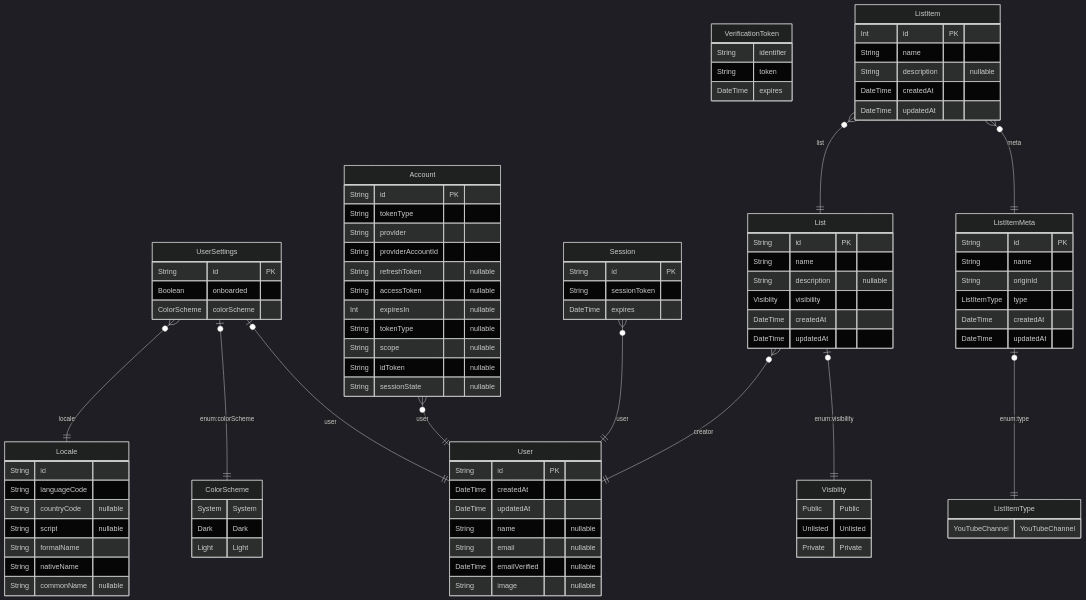
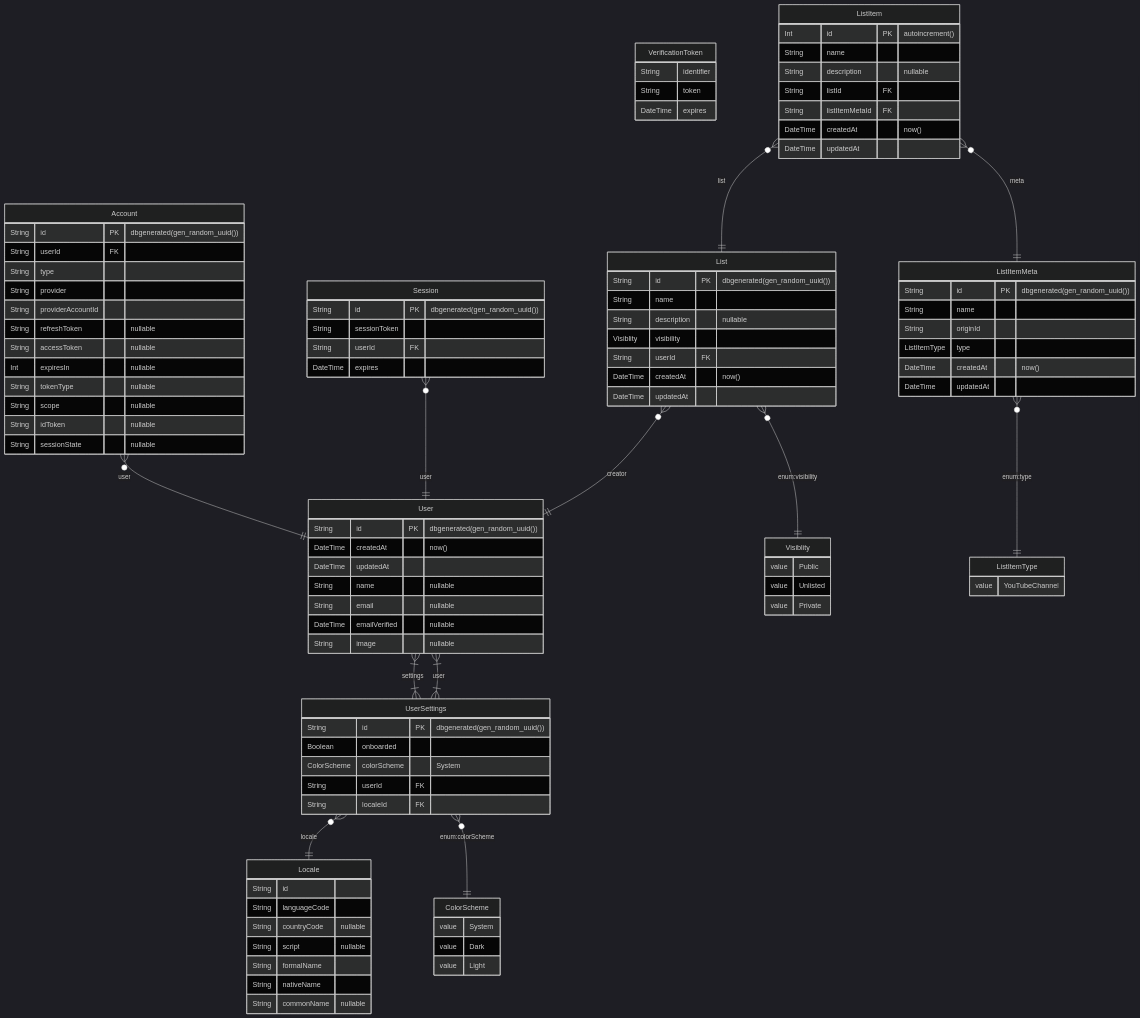
Before and after one commit to CodingGarden/listd: the diagram in prisma/ERD.md, drawn with Mermaid (dark theme). The commit also changed 2 other files, not shown here.

Commit message:
:sparkles: update ERD

````diff
--- a/prisma/ERD.md
+++ b/prisma/ERD.md
@@ -1,120 +1,104 @@
 ```mermaid
 erDiagram
+	User {
+		String id PK  "dbgenerated(gen_random_uuid())"
+		DateTime createdAt  "now()"
+		DateTime updatedAt
+		String name  "nullable"
+		String email  "nullable"
+		DateTime emailVerified  "nullable"
+		String image  "nullable"
+	}
+	UserSettings {
+		String id PK  "dbgenerated(gen_random_uuid())"
+		Boolean onboarded
+		ColorScheme colorScheme "System"
+		String userId FK
+		String localeId FK
+	}
+	Locale {
+		String id
+		String languageCode
+		String countryCode  "nullable"
+		String script  "nullable"
+		String formalName
+		String nativeName
+		String commonName  "nullable"
+	}
+	Account {
+		String id PK  "dbgenerated(gen_random_uuid())"
+		String userId FK
+		String type
+		String provider
+		String providerAccountId
+		String refreshToken  "nullable"
+		String accessToken  "nullable"
+		Int expiresIn  "nullable"
+		String tokenType  "nullable"
+		String scope  "nullable"
+		String idToken  "nullable"
+		String sessionState  "nullable"
+	}
+	Session {
+		String id PK  "dbgenerated(gen_random_uuid())"
+		String sessionToken
+		String userId FK
+		DateTime expires
+	}
+	VerificationToken {
+		String identifier
+		String token
+		DateTime expires
+	}
+	List {
+		String id PK  "dbgenerated(gen_random_uuid())"
+		String name
+		String description  "nullable"
+		Visiblity visibility
+		String userId FK
+		DateTime createdAt  "now()"
+		DateTime updatedAt
+	}
+	ListItem {
+		Int id PK  "autoincrement()"
+		String name
+		String description  "nullable"
+		String listId FK
+		String listItemMetaId FK
+		DateTime createdAt  "now()"
+		DateTime updatedAt
+	}
+	ListItemMeta {
+		String id PK  "dbgenerated(gen_random_uuid())"
+		String name
+		String originId
+		ListItemType type
+		DateTime createdAt  "now()"
+		DateTime updatedAt
+	}
+	ColorScheme {
+		value System
+		value Dark
+		value Light
+	}
+	Visiblity {
+		value Public
+		value Unlisted
+		value Private
+	}
+	ListItemType {
+		value YouTubeChannel
+	}
+	User }|--|{ UserSettings : settings
+	UserSettings }|--|{ User : user
+	UserSettings }o--|| Locale : locale
+	UserSettings }o--|| ColorScheme : "enum:colorScheme"
+	Account }o--|| User : user
+	Session }o--|| User : user
+	List }o--|| User : creator
+	List }o--|| Visiblity : "enum:visibility"
+	ListItem }o--|| ListItemMeta : meta
+	ListItem }o--|| List : list
+	ListItemMeta }o--|| ListItemType : "enum:type"
 
-        ColorScheme {
-            System System
-Dark Dark
-Light Light
-        }
-    
-
-
-        Visiblity {
-            Public Public
-Unlisted Unlisted
-Private Private
-        }
-    
-
-
-        ListItemType {
-            YouTubeChannel YouTubeChannel
-        }
-    
-  User {
-    String id PK 
-    DateTime createdAt  
-    DateTime updatedAt  
-    String name  "nullable"
-    String email  "nullable"
-    DateTime emailVerified  "nullable"
-    String image  "nullable"
-    }
-  
-
-  UserSettings {
-    String id PK 
-    Boolean onboarded  
-    ColorScheme colorScheme  
-    }
-  
-
-  Locale {
-    String id  
-    String languageCode  
-    String countryCode  "nullable"
-    String script  "nullable"
-    String formalName  
-    String nativeName  
-    String commonName  "nullable"
-    }
-  
-
-  Account {
-    String id PK 
-    String tokenType  
-    String provider  
-    String providerAccountId  
-    String refreshToken  "nullable"
-    String accessToken  "nullable"
-    Int expiresIn  "nullable"
-    String tokenType  "nullable"
-    String scope  "nullable"
-    String idToken  "nullable"
-    String sessionState  "nullable"
-    }
-  
-
-  Session {
-    String id PK 
-    String sessionToken  
-    DateTime expires  
-    }
-  
-
-  VerificationToken {
-    String identifier  
-    String token  
-    DateTime expires  
-    }
-  
-
-  List {
-    String id PK 
-    String name  
-    String description  "nullable"
-    Visiblity visibility  
-    DateTime createdAt  
-    DateTime updatedAt  
-    }
-  
-
-  ListItem {
-    Int id PK 
-    String name  
-    String description  "nullable"
-    DateTime createdAt  
-    DateTime updatedAt  
-    }
-  
-
-  ListItemMeta {
-    String id PK 
-    String name  
-    String originId  
-    ListItemType type  
-    DateTime createdAt  
-    DateTime updatedAt  
-    }
-  
-    UserSettings o|--|| ColorScheme : "enum:colorScheme"
-    UserSettings o|--|| User : "user"
-    UserSettings o{--|| Locale : "locale"
-    Account o{--|| User : "user"
-    Session o{--|| User : "user"
-    List o|--|| Visiblity : "enum:visibility"
-    List o{--|| User : "creator"
-    ListItem o{--|| ListItemMeta : "meta"
-    ListItem o{--|| List : "list"
-    ListItemMeta o|--|| ListItemType : "enum:type"
 ```
````
